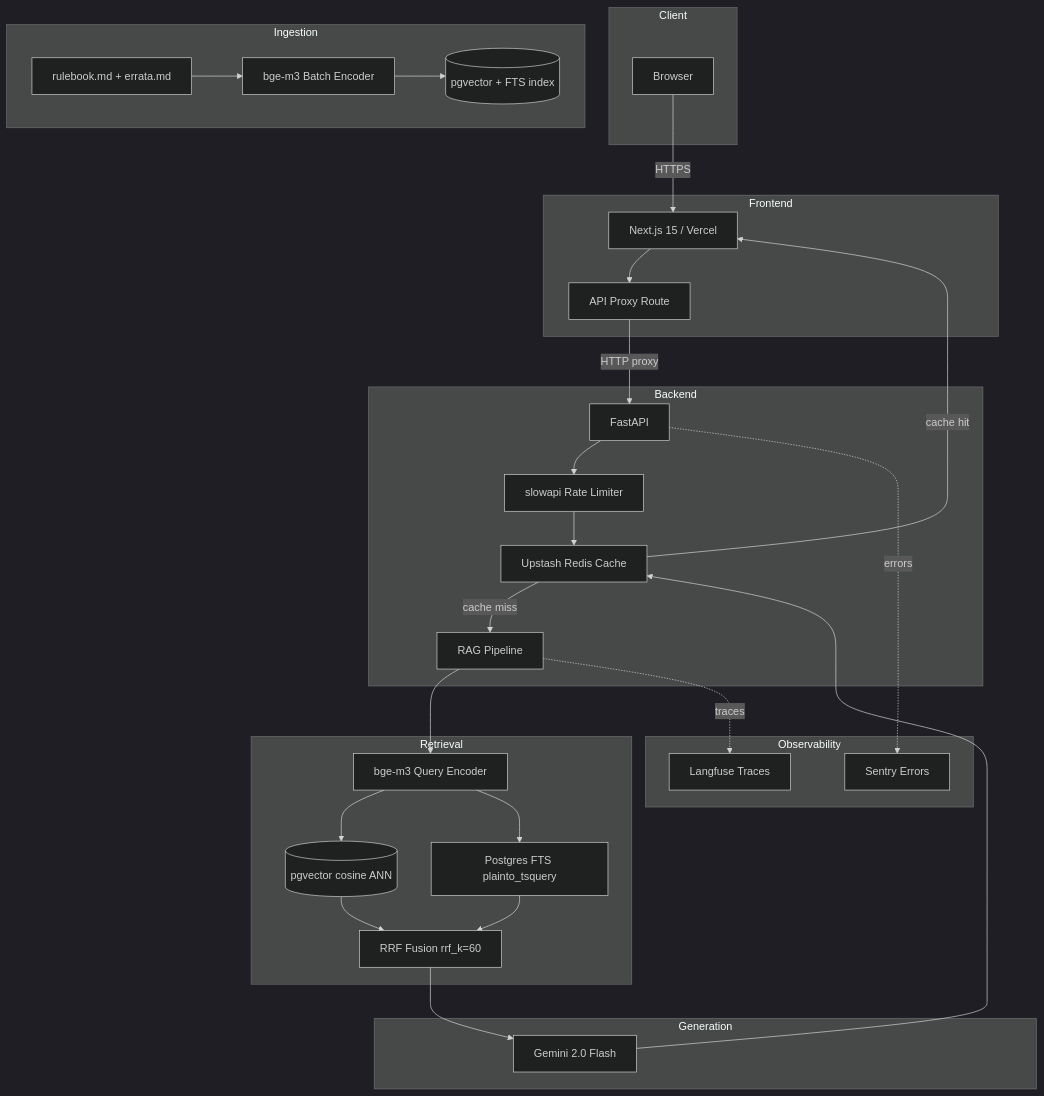
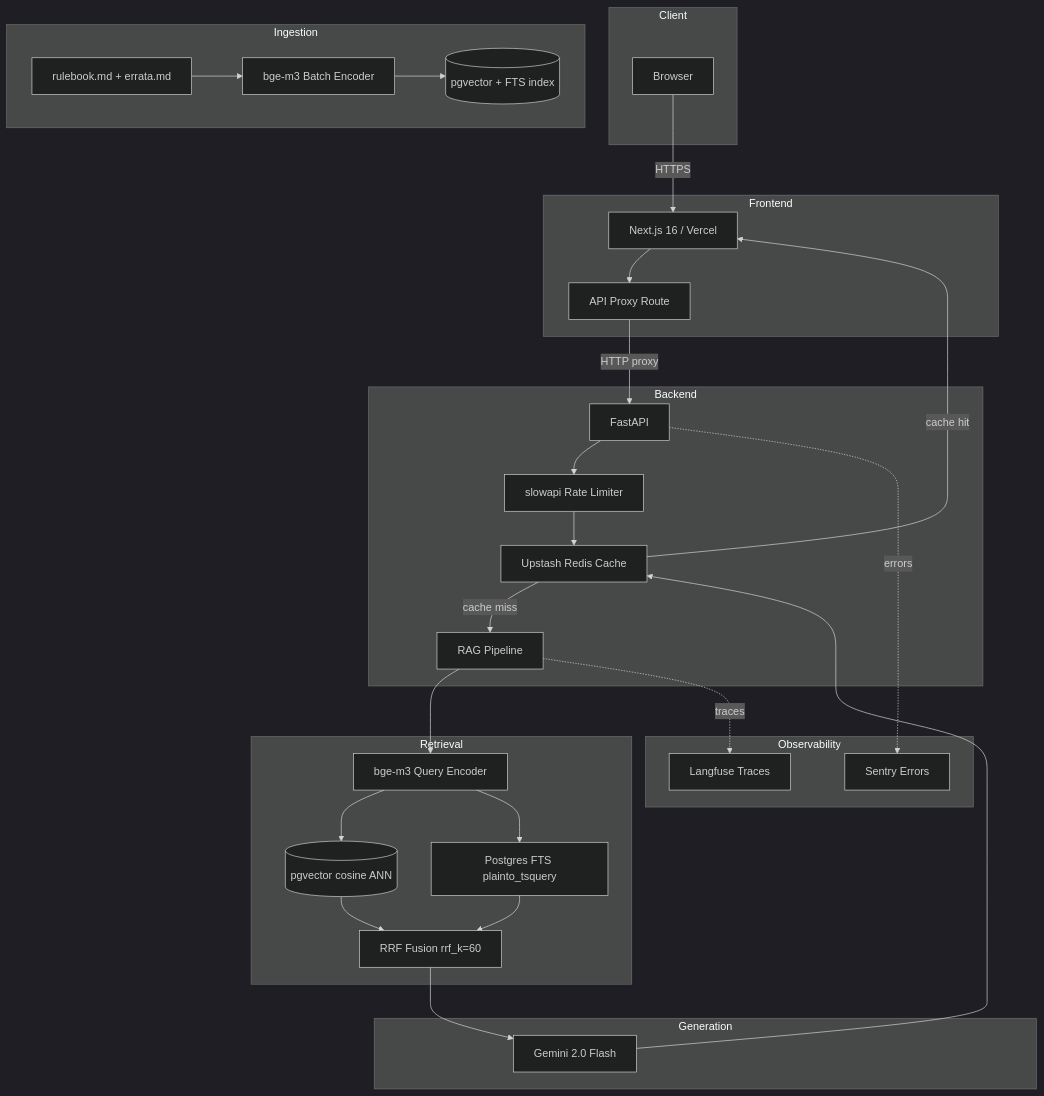
Before and after one commit to GonzaloAsencio/JUGDE: the diagram in README.md, drawn with Mermaid (dark theme). The commit also changed other lines of this file and 12 other files, not shown here.

````diff
--- a/README.md
+++ b/README.md
@@ -19,61 +19,61 @@
 ```mermaid
 graph TB
     subgraph Client
         User[Browser]
     end
 
     subgraph Frontend
-        Next[Next.js 15 / Vercel]
+        Next[Next.js 16 / Vercel]
         Proxy[API Proxy Route]
     end
 
     subgraph Backend
         API[FastAPI]
         RL[slowapi Rate Limiter]
         Cache[Upstash Redis Cache]
         Pipeline[RAG Pipeline]
     end
 
     subgraph Retrieval
         Embed[bge-m3 Query Encoder]
         VDB[(pgvector cosine ANN)]
         FTS[Postgres FTS plainto_tsquery]
         RRF[RRF Fusion rrf_k=60]
     end
 
     subgraph Generation
         LLM[Gemini 2.0 Flash]
     end
 
     subgraph Ingestion
         Corpus[rulebook.md + errata.md]
         IngestEmbed[bge-m3 Batch Encoder]
         Store[(pgvector + FTS index)]
     end
 
     subgraph Observability
         Langfuse[Langfuse Traces]
         Sentry[Sentry Errors]
     end
 
     User -->|HTTPS| Next
     Next --> Proxy
     Proxy -->|HTTP proxy| API
     API --> RL
     RL --> Cache
     Cache -->|cache hit| Next
     Cache -->|cache miss| Pipeline
     Pipeline --> Embed
     Embed --> VDB
     Embed --> FTS
     VDB --> RRF
     FTS --> RRF
     RRF --> LLM
     LLM --> Cache
 
     Corpus --> IngestEmbed
     IngestEmbed --> Store
 
     Pipeline -.->|traces| Langfuse
     API -.->|errors| Sentry
 ```
````
